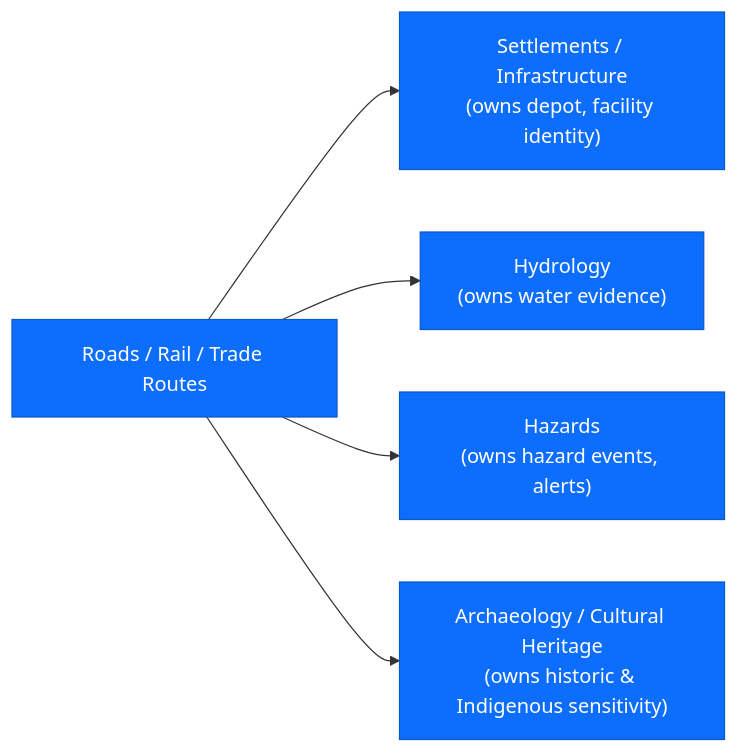
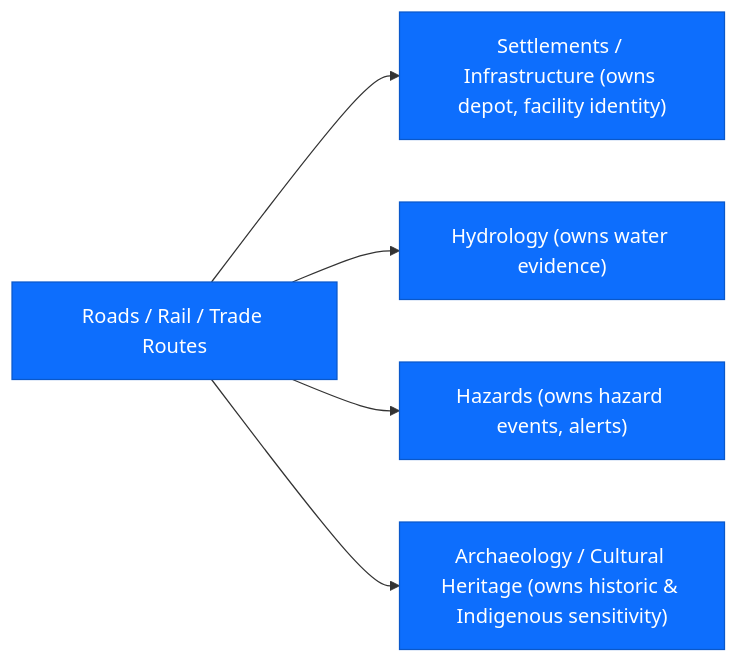
The second of 2 diagrams in docs/domains/roads-rail-trade/EXPANSION_BACKLOG.md (bartytime4life/Kansas-Frontier-Matrix), drawn with Mermaid before and after one commit. The commit also changed other lines of this file, not shown here.

````diff
--- a/docs/domains/roads-rail-trade/EXPANSION_BACKLOG.md
+++ b/docs/domains/roads-rail-trade/EXPANSION_BACKLOG.md
@@ -296,16 +305,16 @@
 ```mermaid
 flowchart LR
   RR["Roads / Rail / Trade Routes"]
-  S["Settlements / Infrastructure<br/>(owns depot, facility identity)"]
-  H["Hydrology<br/>(owns water evidence)"]
-  HZ["Hazards<br/>(owns hazard events, alerts)"]
-  AR["Archaeology / Cultural Heritage<br/>(owns historic & Indigenous sensitivity)"]
+  S["Settlements / Infrastructure (owns depot, facility identity)"]
+  H["Hydrology (owns water evidence)"]
+  HZ["Hazards (owns hazard events, alerts)"]
+  AR["Archaeology / Cultural Heritage (owns historic & Indigenous sensitivity)"]
 
   RR --> S
   RR --> H
   RR --> HZ
   RR --> AR
 
   classDef domain fill:#0d6efd,color:#fff,stroke:#0a58ca;
   class RR,S,H,HZ,AR domain;
 ```
````
